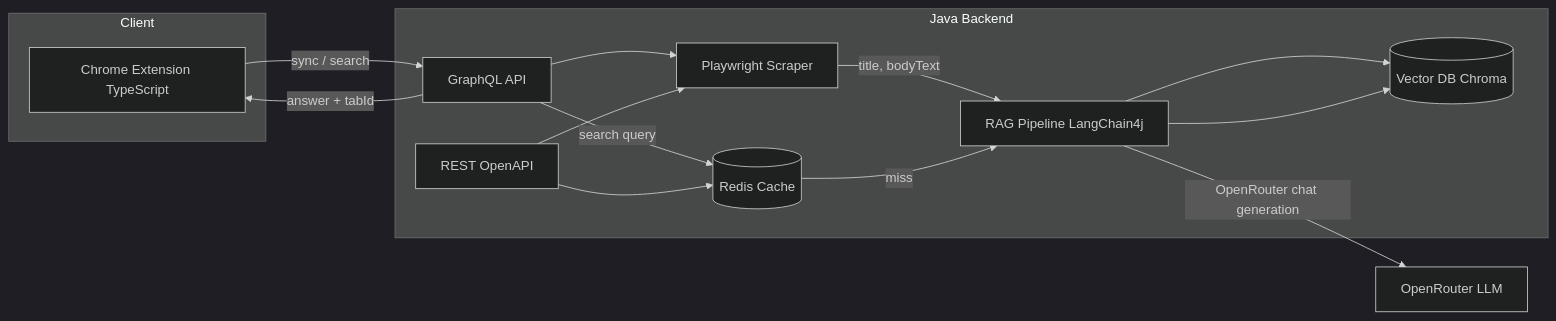
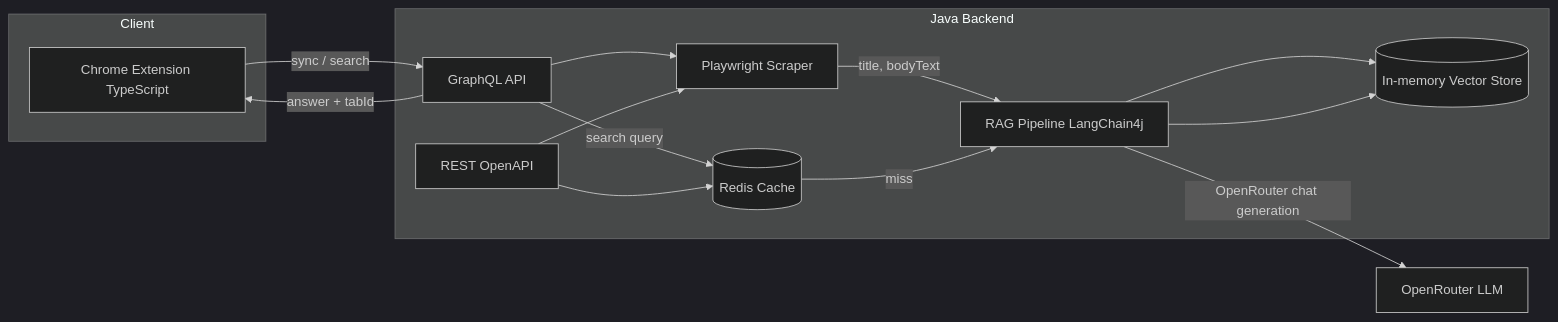
Before and after one commit to rio-rishabh/TabSense-AI-Powered-Semantic-Tab-Search: the diagram in README.md, drawn with Mermaid (dark theme). The commit also changed other lines of this file, not shown here.

````diff
--- a/README.md
+++ b/README.md
@@ -14,25 +14,25 @@
 ```mermaid
 flowchart LR
   subgraph client [Client]
     Ext[Chrome Extension TypeScript]
   end
   subgraph backend [Java Backend]
     GraphQL[GraphQL API]
     REST[REST OpenAPI]
     Scraper[Playwright Scraper]
     RAG[RAG Pipeline LangChain4j]
-    VecDB[(Vector DB Chroma)]
+    VecDB[(In-memory Vector Store)]
     Redis[(Redis Cache)]
   end
   Ext -->|"sync / search"| GraphQL
   GraphQL --> Scraper
   Scraper -->|"title, bodyText"| RAG
   RAG --> VecDB
   GraphQL -->|"search query"| Redis
   REST --> Scraper
   REST --> Redis
   Redis -->|"miss"| RAG
   RAG --> VecDB
   RAG -->|"OpenRouter chat generation"| LLM[OpenRouter LLM]
   GraphQL -->|"answer + tabId"| Ext
 ```
````
